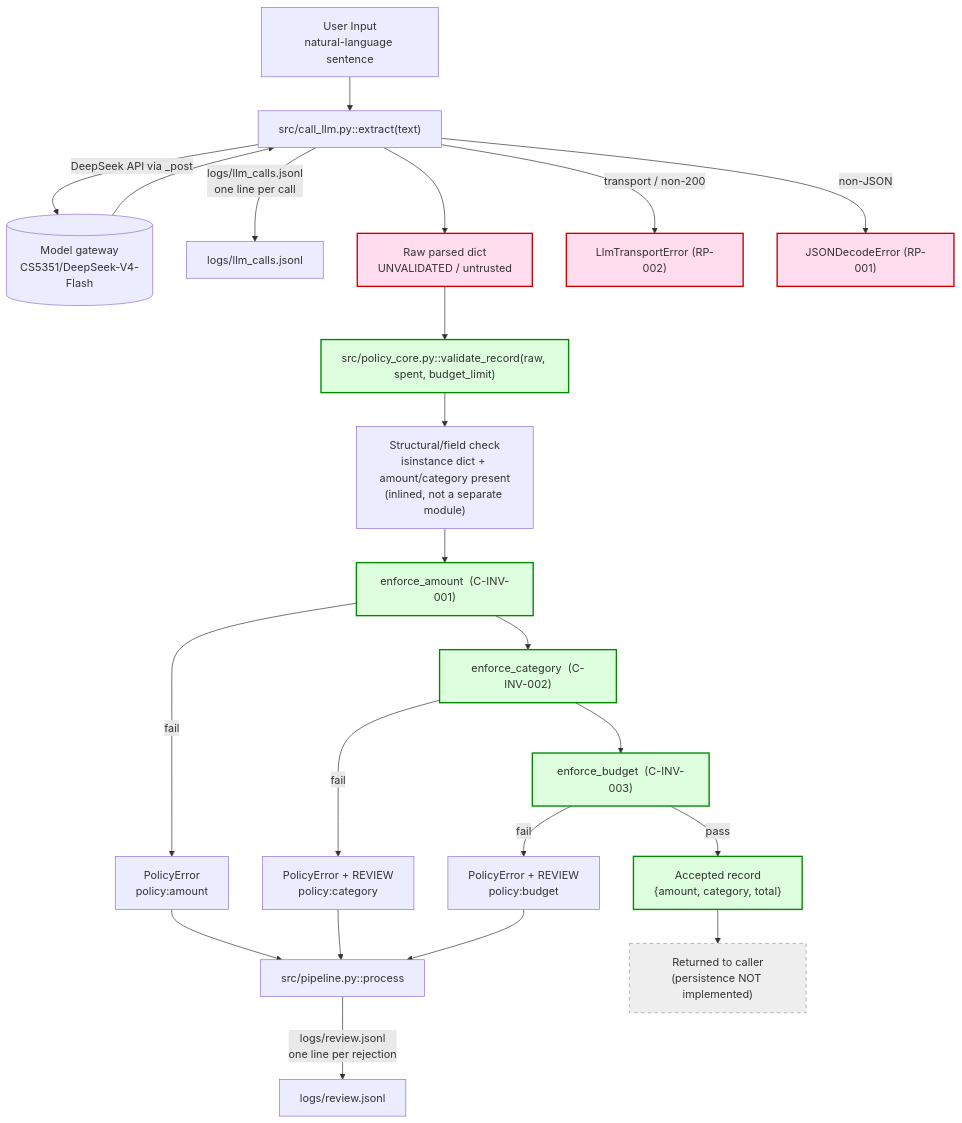
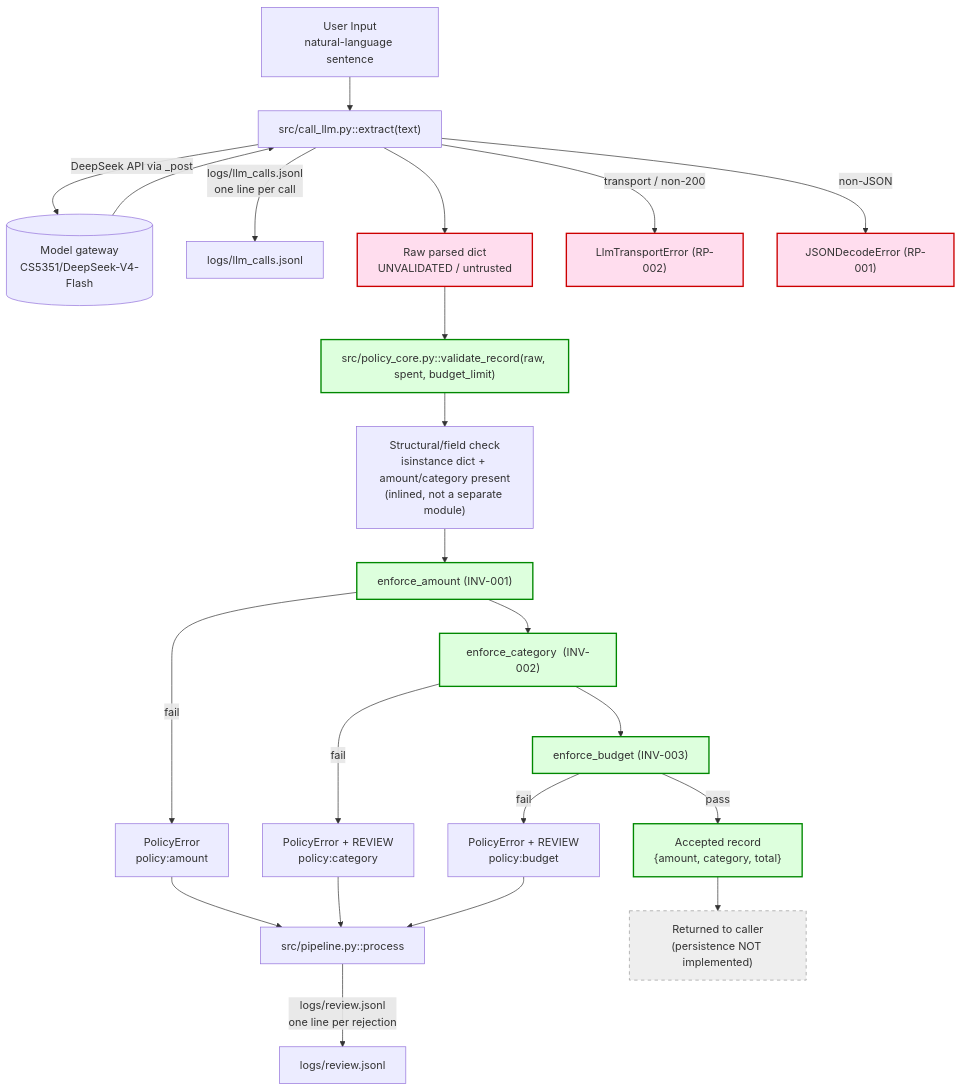
Before and after one commit to Felix-Free/AI-Finance-Assistant: the first of 2 diagrams in architecture-blueprint.md, drawn with Mermaid. The commit also changed other lines of this file, not shown here.

````diff
--- a/architecture-blueprint.md
+++ b/architecture-blueprint.md
@@ -109,35 +109,35 @@
 ```mermaid
 flowchart TD
     U["User Input<br/>natural-language sentence"] --> E["src/call_llm.py::extract(text)"]
     E -->|"DeepSeek API via _post"| M[("Model gateway<br/>CS5351/DeepSeek-V4-Flash")]
     M --> E
     E -->|"logs/llm_calls.jsonl<br/>one line per call"| LOG1["logs/llm_calls.jsonl"]
     E --> RAW["Raw parsed dict<br/>UNVALIDATED / untrusted"]
 
     RAW --> V["src/policy_core.py::validate_record(raw, spent, budget_limit)"]
     V --> S["Structural/field check<br/>isinstance dict + amount/category present<br/>(inlined, not a separate module)"]
-    S --> INV1["enforce_amount  (C-INV-001)"]
-    INV1 --> INV2["enforce_category  (C-INV-002)"]
-    INV2 --> INV3["enforce_budget  (C-INV-003)"]
+    S --> INV1["enforce_amount  (INV-001)"]
+    INV1 --> INV2["enforce_category  (INV-002)"]
+    INV2 --> INV3["enforce_budget  (INV-003)"]
 
     INV1 -->|fail| REJ["PolicyError<br/>policy:amount"]
     INV2 -->|fail| REVIEW["PolicyError + REVIEW<br/>policy:category"]
     INV3 -->|fail| REVIEW2["PolicyError + REVIEW<br/>policy:budget"]
     REJ --> PIPE["src/pipeline.py::process"]
     REVIEW --> PIPE
     REVIEW2 --> PIPE
     PIPE -->|"logs/review.jsonl<br/>one line per rejection"| LOG2["logs/review.jsonl"]
 
     INV3 -->|pass| ACC["Accepted record<br/>{amount, category, total}"]
     ACC --> RET["Returned to caller<br/>(persistence NOT implemented)"]
 
     E -->|transport / non-200| TE["LlmTransportError (RP-002)"]
     E -->|non-JSON| JE["JSONDecodeError (RP-001)"]
 
     classDef untrusted fill:#fde,stroke:#c00,stroke-width:2px;
     classDef trusted fill:#dfd,stroke:#080,stroke-width:2px;
     classDef planned fill:#eee,stroke:#999,stroke-dasharray:5 5;
     class RAW,JE,TE untrusted;
     class ACC,INV1,INV2,INV3,V trusted;
     class RET planned;
 ```
````
